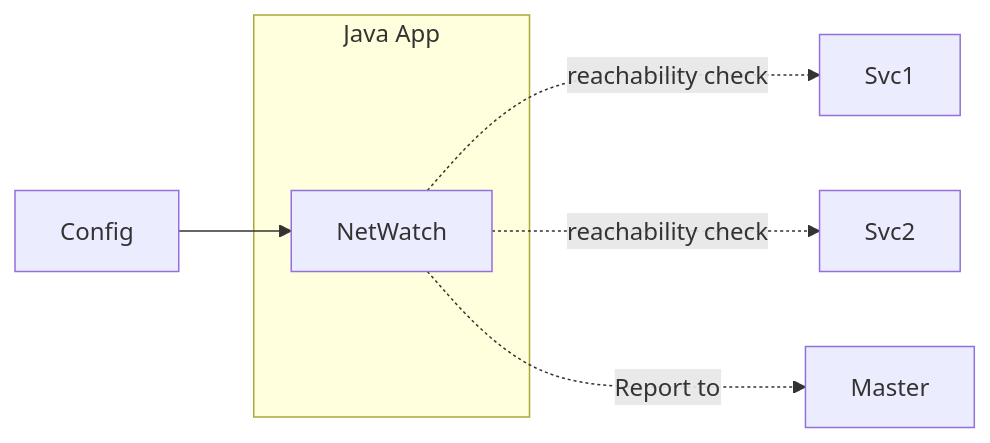
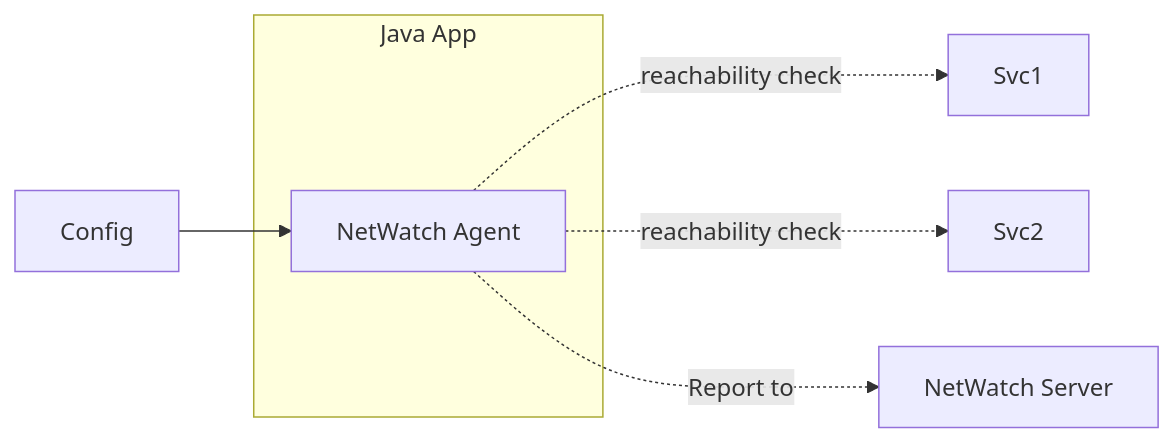
Before and after one commit to NetGaze/NetGaze: the diagram in README.md, drawn with Mermaid. The commit also changed 3 other files, not shown here.

````diff
--- a/README.md
+++ b/README.md
@@ -43,12 +43,13 @@
 ```mermaid
 flowchart LR
     cfg["Config"]
-    lib["NetWatch"]
+    lib["NetWatch Agent"]
+    server["NetWatch Server"]
     lib -. reachability check .-> Svc1
     lib -. reachability check .-> Svc2
-    lib -. Report to .-> Master
+    lib -. Report to .-> server
     subgraph app["Java App"]
         lib
     end
     cfg --> lib
 ```
````
